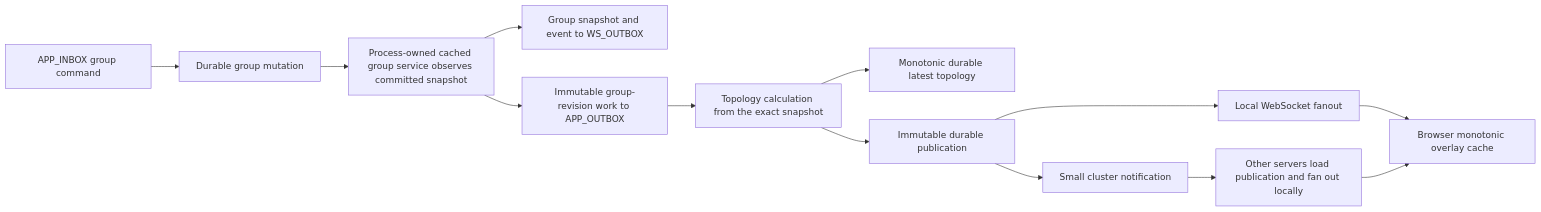
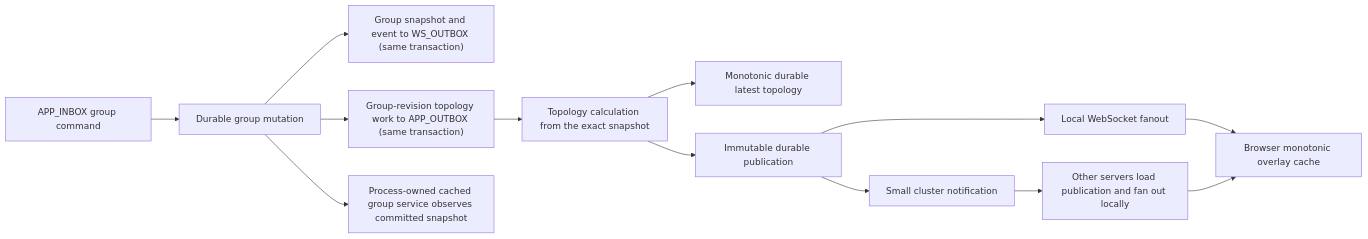
One commit to intact-software-systems/ar-eye-hunter changed the first of 2 diagrams in docs/rallar-convergent-state-and-rtc-topology.md. Above: the diagram before and after it, drawn with Mermaid. The commit also changed other lines of this file and 93 other files, not shown here.

````diff
--- a/docs/rallar-convergent-state-and-rtc-topology.md
+++ b/docs/rallar-convergent-state-and-rtc-topology.md
@@ -118,15 +120,15 @@
 ```mermaid
 flowchart LR
     C["APP_INBOX group command"] --> D["Durable group mutation"]
+    D --> W["Group snapshot and event to WS_OUTBOX (same transaction)"]
+    D --> A["Group-revision topology work to APP_OUTBOX (same transaction)"]
     D --> P["Process-owned cached group service observes committed snapshot"]
-    P --> W["Group snapshot and event to WS_OUTBOX"]
-    P --> A["Immutable group-revision work to APP_OUTBOX"]
     A --> T["Topology calculation from the exact snapshot"]
     T --> L["Monotonic durable latest topology"]
     T --> R["Immutable durable publication"]
     R --> N["Small cluster notification"]
     R --> F1["Local WebSocket fanout"]
     N --> F2["Other servers load publication and fan out locally"]
     F1 --> B["Browser monotonic overlay cache"]
     F2 --> B
 ```
````
